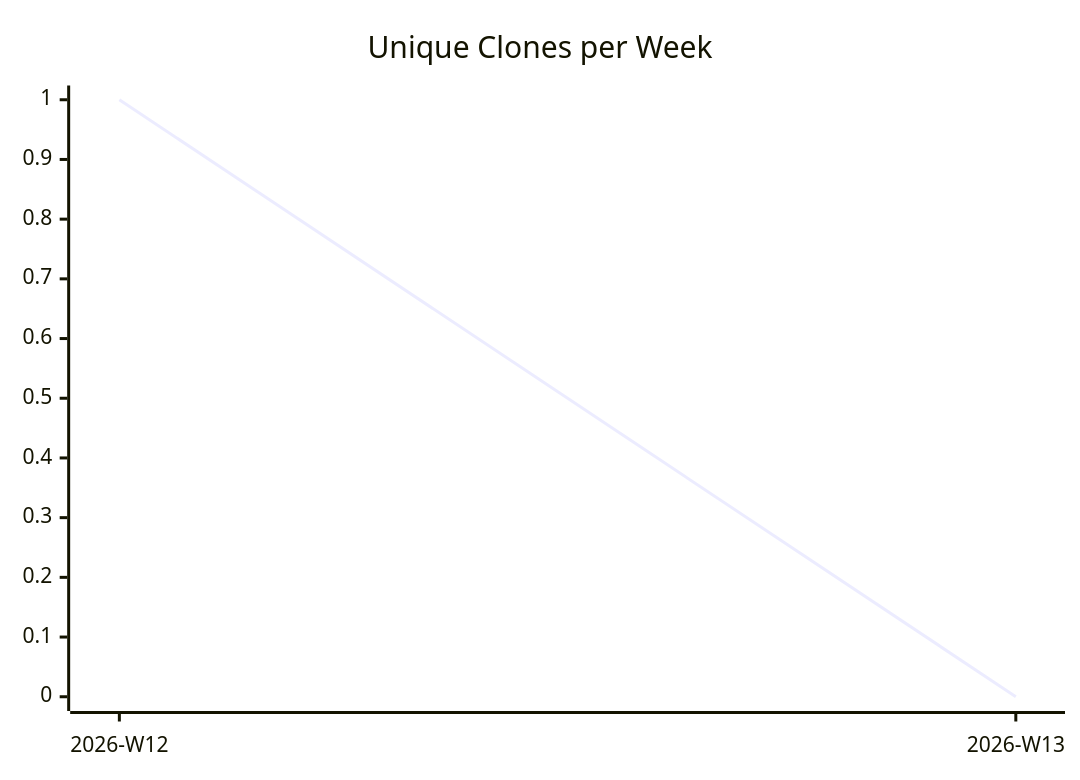
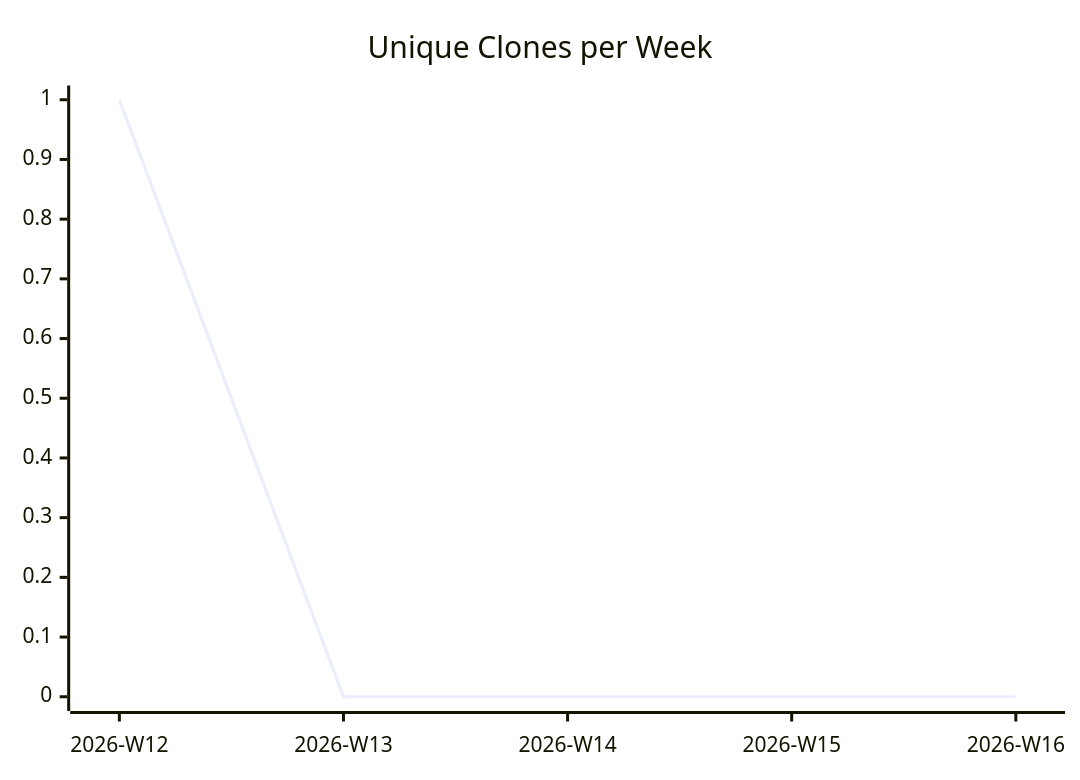
Before and after one commit to justdavis-family/github-analytics-data: the third of 3 diagrams in karlmdavis/ansible/README.md, drawn with Mermaid. The commit also changed other lines of this file and 173 other files, not shown here.

````diff
--- a/karlmdavis/ansible/README.md
+++ b/karlmdavis/ansible/README.md
@@ -19,6 +19,6 @@
 ```mermaid
 xychart-beta
   title "Unique Clones per Week"
-  x-axis ["2026-W12", "2026-W13"]
-  line [1, 0]
+  x-axis ["2026-W12", "2026-W13", "2026-W14", "2026-W15", "2026-W16"]
+  line [1, 0, 0, 0, 0]
 ```
````
